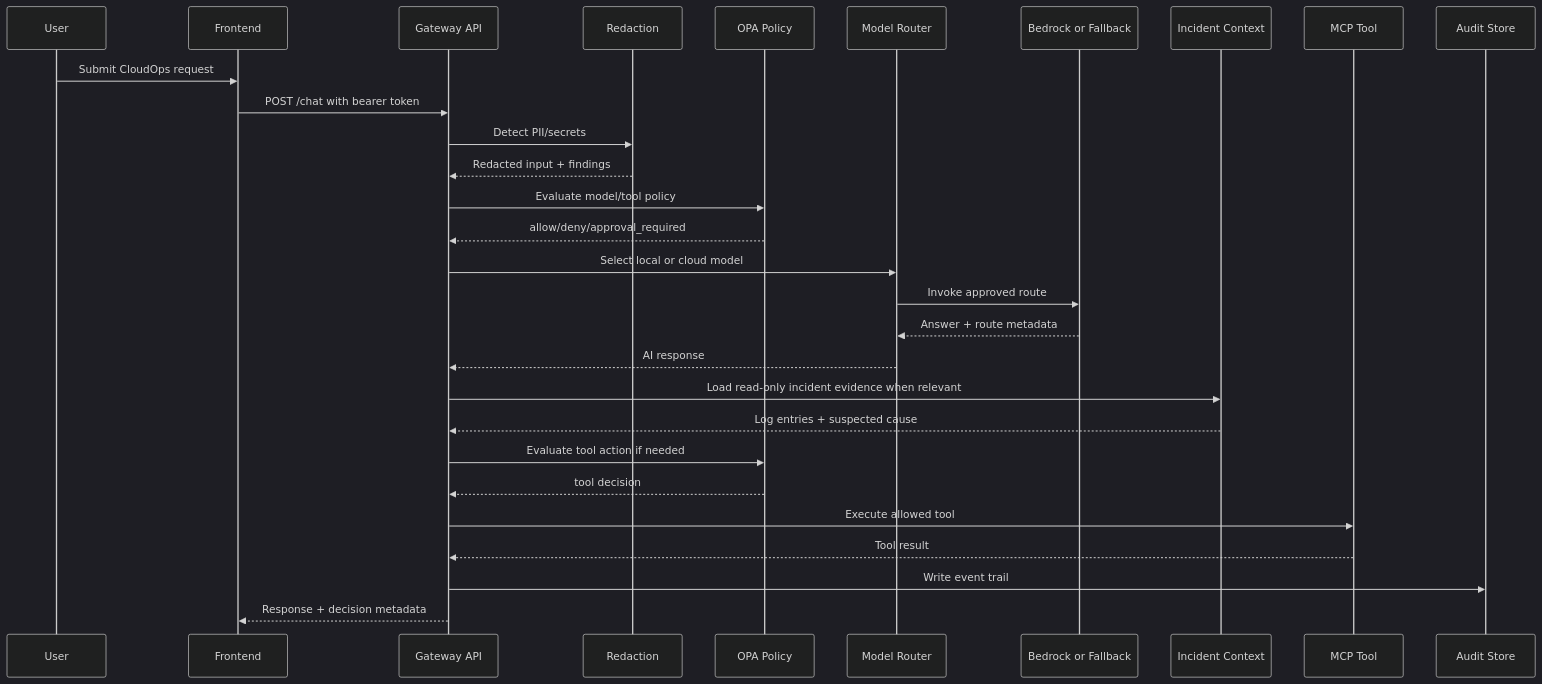
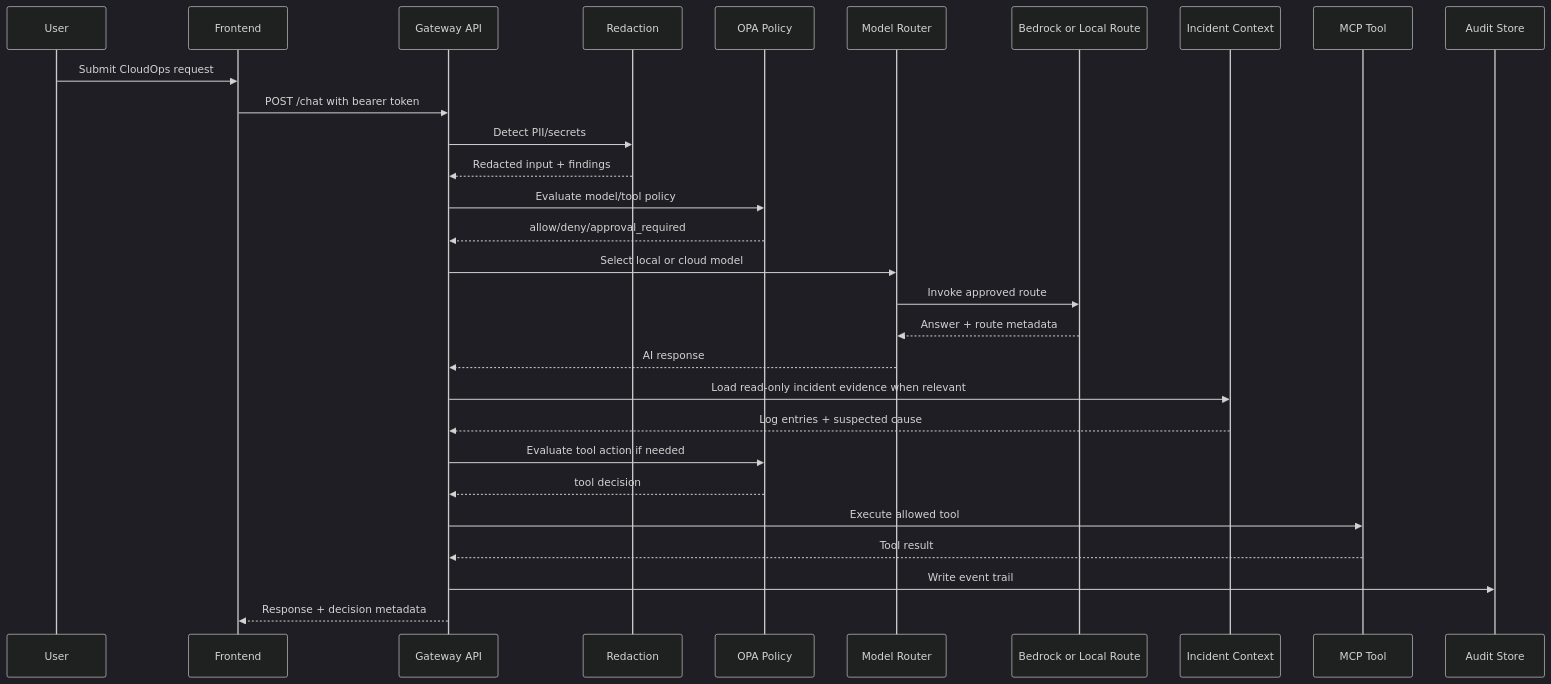
The diagram in docs/architecture/system-architecture.md (manynames3/aegisdesk-cloudops-control-plane), drawn with Mermaid (dark theme) before and after one commit. The commit also changed other lines of this file and 73 other files, not shown here.

````diff
--- a/docs/architecture/system-architecture.md
+++ b/docs/architecture/system-architecture.md
@@ -166,32 +166,32 @@
 ```mermaid
 sequenceDiagram
     participant U as User
     participant UI as Frontend
     participant API as Gateway API
     participant R as Redaction
     participant OPA as OPA Policy
     participant MR as Model Router
-    participant M as Bedrock or Fallback
+    participant M as Bedrock or Local Route
     participant Logs as Incident Context
     participant Tool as MCP Tool
     participant Audit as Audit Store
 
     U->>UI: Submit CloudOps request
     UI->>API: POST /chat with bearer token
     API->>R: Detect PII/secrets
     R-->>API: Redacted input + findings
     API->>OPA: Evaluate model/tool policy
     OPA-->>API: allow/deny/approval_required
     API->>MR: Select local or cloud model
     MR->>M: Invoke approved route
     M-->>MR: Answer + route metadata
     MR-->>API: AI response
     API->>Logs: Load read-only incident evidence when relevant
     Logs-->>API: Log entries + suspected cause
     API->>OPA: Evaluate tool action if needed
     OPA-->>API: tool decision
     API->>Tool: Execute allowed tool
     Tool-->>API: Tool result
     API->>Audit: Write event trail
     API-->>UI: Response + decision metadata
 ```
````
